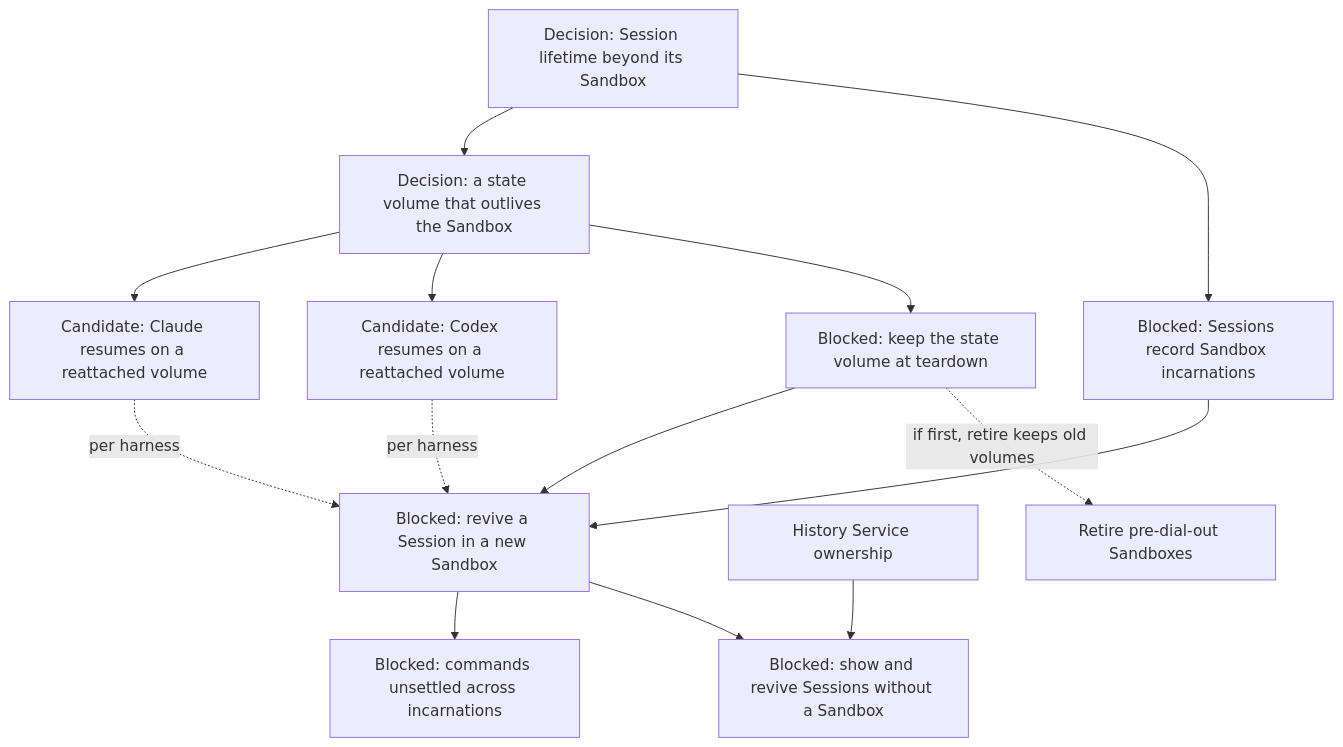
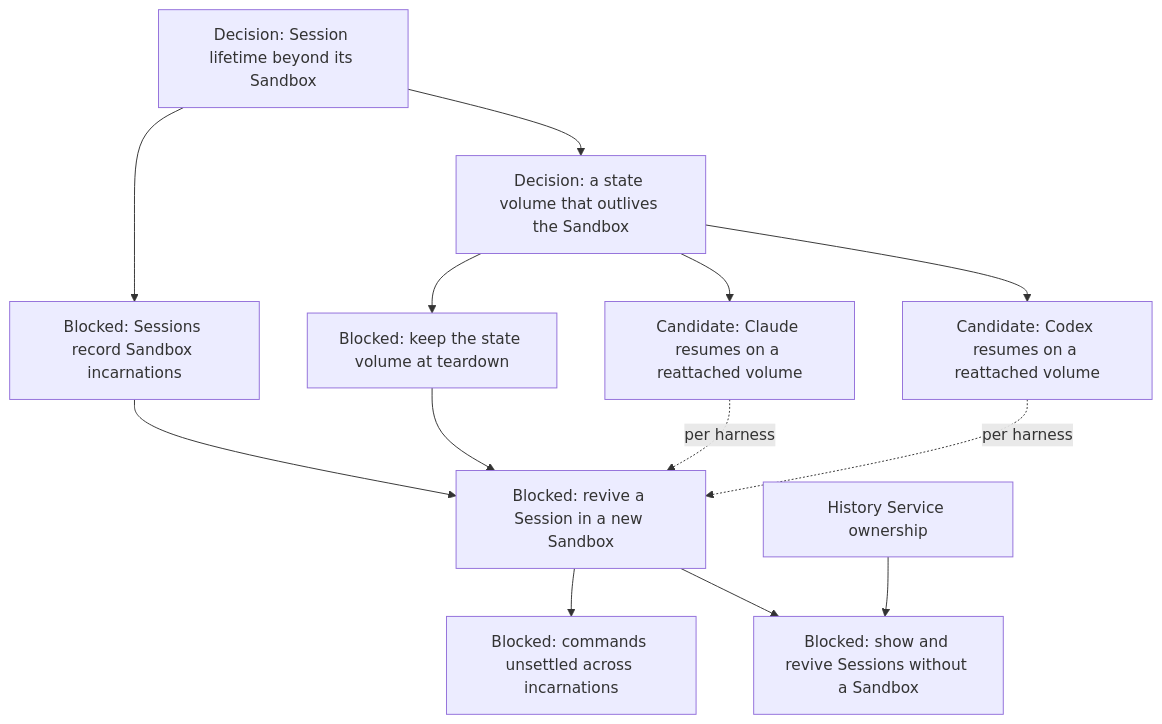
Before and after one commit to agentydragon-agent/ducktape: the ninth of 13 diagrams in agentplane/plans/task_dag.md, drawn with Mermaid. The commit also changed other lines of this file and 22 other files, not shown here.

````diff
--- a/agentplane/plans/task_dag.md
+++ b/agentplane/plans/task_dag.md
@@ -616,27 +602,25 @@
 ```mermaid
 flowchart TD
     DURABLE_SESSION_LIFECYCLE[Decision: Session lifetime beyond its Sandbox]
     SESSION_STATE_VOLUME_DESIGN[Decision: a state volume that outlives the Sandbox]
     CLAUDE_PORTABLE_STATE[Candidate: Claude resumes on a reattached volume]
     CODEX_PORTABLE_STATE[Candidate: Codex resumes on a reattached volume]
     SESSION_INCARNATIONS[Blocked: Sessions record Sandbox incarnations]
     STATE_VOLUME_RETENTION[Blocked: keep the state volume at teardown]
     SESSION_REVIVE[Blocked: revive a Session in a new Sandbox]
     THREAD_SUCCESSOR_DELIVERY[Blocked: commands unsettled across incarnations]
     HOSTED_THREAD_SURFACES[Blocked: show and revive Sessions without a Sandbox]
     HISTORY_SERVICE_OWNERSHIP[History Service ownership]
-    LEGACY_SANDBOX_RETIRE[Retire pre-dial-out Sandboxes]
     DURABLE_SESSION_LIFECYCLE --> SESSION_STATE_VOLUME_DESIGN
     DURABLE_SESSION_LIFECYCLE --> SESSION_INCARNATIONS
     SESSION_STATE_VOLUME_DESIGN --> CLAUDE_PORTABLE_STATE
     SESSION_STATE_VOLUME_DESIGN --> CODEX_PORTABLE_STATE
     SESSION_STATE_VOLUME_DESIGN --> STATE_VOLUME_RETENTION
     SESSION_INCARNATIONS --> SESSION_REVIVE
     STATE_VOLUME_RETENTION --> SESSION_REVIVE
     CLAUDE_PORTABLE_STATE -. per harness .-> SESSION_REVIVE
     CODEX_PORTABLE_STATE -. per harness .-> SESSION_REVIVE
     SESSION_REVIVE --> THREAD_SUCCESSOR_DELIVERY
     SESSION_REVIVE --> HOSTED_THREAD_SURFACES
     HISTORY_SERVICE_OWNERSHIP --> HOSTED_THREAD_SURFACES
-    STATE_VOLUME_RETENTION -. if first, retire keeps old volumes .-> LEGACY_SANDBOX_RETIRE
 ```
````
